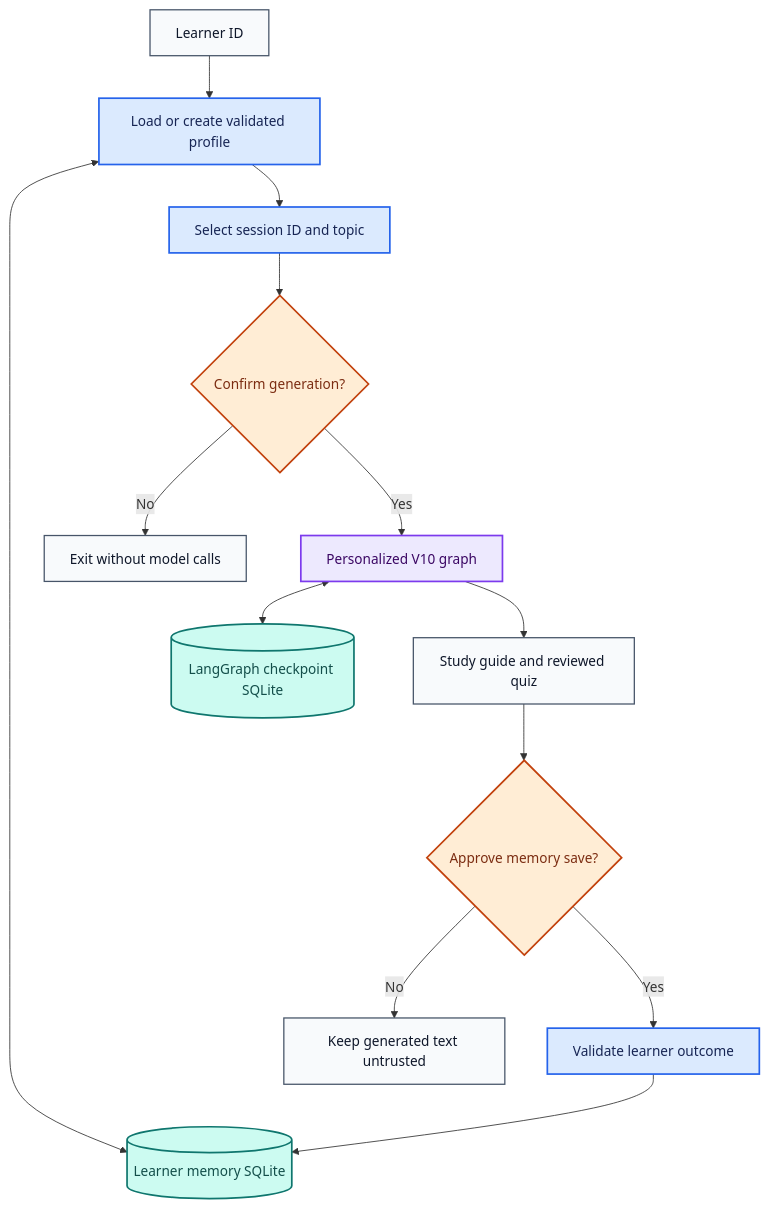
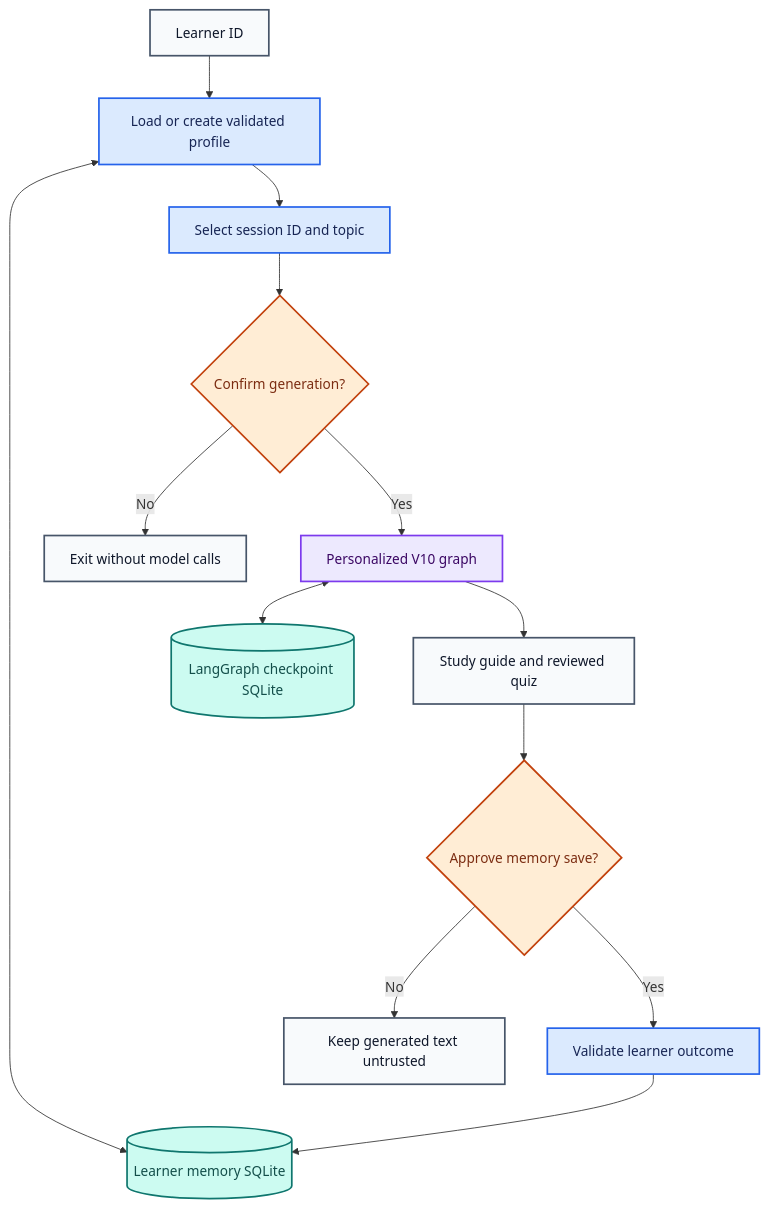
One commit to anne500/multi-agent-study-guide changed diagram 13 of 20 in docs/ARCHITECTURE.md. Above: the diagram before and after it, drawn with Mermaid. The commit also changed other lines of this file, not shown here.

Commit message:
Apply shared architecture colors and visual conventions

````diff
--- a/docs/ARCHITECTURE.md
+++ b/docs/ARCHITECTURE.md
@@ -314,25 +387,29 @@
 ```mermaid
 flowchart TD
     A[Learner ID] --> B[Load or create validated profile]
     B <--> C[(Learner memory SQLite)]
     B --> D[Select session ID and topic]
     D --> E{Confirm generation?}
     E -->|No| F[Exit without model calls]
     E -->|Yes| G[Personalized V10 graph]
     G <--> H[(LangGraph checkpoint SQLite)]
     G --> I[Study guide and reviewed quiz]
     I --> J{Approve memory save?}
     J -->|No| K[Keep generated text untrusted]
     J -->|Yes| L[Validate learner outcome]
     L --> C
 
-    classDef default fill:#F8FAFC,stroke:#475569,color:#0F172A,stroke-width:1.5px;
-    classDef logic fill:#DBEAFE,stroke:#2563EB,color:#172554,stroke-width:2px;
-    class B,D,L logic;
+    %% Shared architecture palette: see VISUAL_STYLE.md
+    classDef default fill:#F8FAFC,stroke:#475569,color:#0F172A,stroke-width:2px;
+    classDef process fill:#DBEAFE,stroke:#2563EB,color:#172554,stroke-width:2px;
+    classDef model fill:#EDE9FE,stroke:#7C3AED,color:#3B0764,stroke-width:2px;
+    classDef store fill:#CCFBF1,stroke:#0F766E,color:#134E4A,stroke-width:2px;
+    classDef decision fill:#FEF3C7,stroke:#B45309,color:#78350F,stroke-width:2px;
     classDef human fill:#FFEDD5,stroke:#C2410C,color:#7C2D12,stroke-width:2px;
+    classDef output fill:#DCFCE7,stroke:#15803D,color:#14532D,stroke-width:2px;
+    classDef failure fill:#FEE2E2,stroke:#B91C1C,color:#7F1D1D,stroke-width:2px;
+    class B,D,L process;
+    class G model;
+    class C,H store;
     class E,J human;
-    classDef model fill:#EDE9FE,stroke:#7C3AED,color:#3B0764,stroke-width:2px;
-    class G model;
-    classDef store fill:#CCFBF1,stroke:#0F766E,color:#134E4A,stroke-width:2px;
-    class C,H store;
 ```
````
